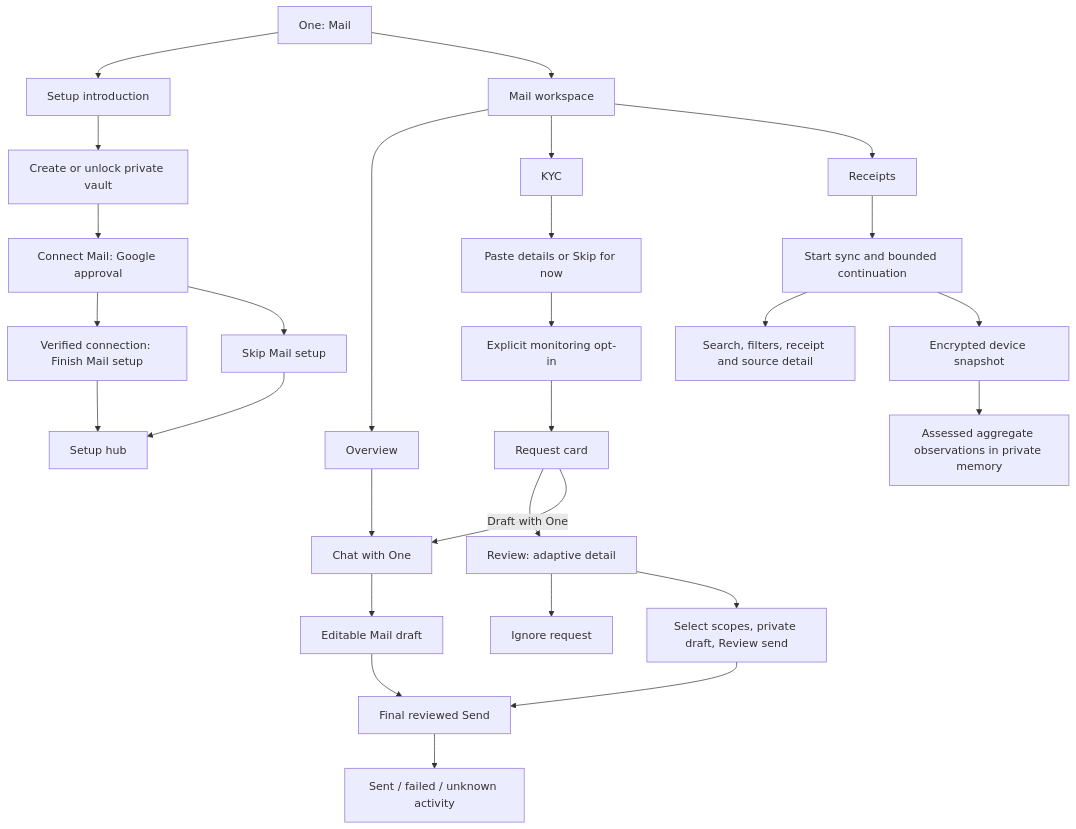
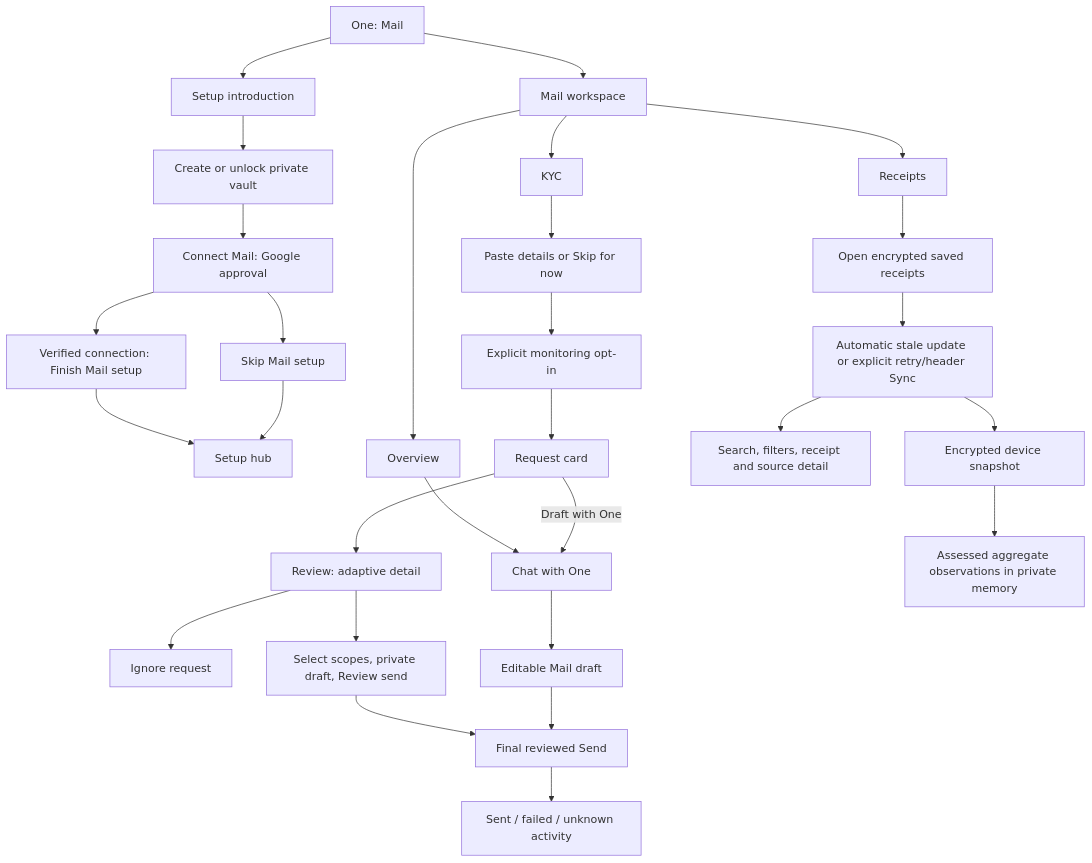
One commit to hushh-labs/hushh-research changed the diagram in hushh-webapp/docs/ui-contracts/mail.md. Above: the diagram before and after it, drawn with Mermaid. The commit also changed other lines of this file and 22 other files, not shown here.

````diff
--- a/hushh-webapp/docs/ui-contracts/mail.md
+++ b/hushh-webapp/docs/ui-contracts/mail.md
@@ -76,30 +137,31 @@
 ```mermaid
 flowchart TD
   roster["One: Mail"] --> setup["Setup introduction"]
   setup --> lock["Create or unlock private vault"]
   lock --> connect["Connect Mail: Google approval"]
   connect --> finish["Verified connection: Finish Mail setup"]
   connect --> skip["Skip Mail setup"]
   finish --> hub["Setup hub"]
   skip --> hub
   roster --> mail["Mail workspace"]
   mail --> overview["Overview"]
   mail --> kyc["KYC"]
   mail --> receipts["Receipts"]
   overview --> one["Chat with One"]
   kyc --> profile["Paste details or Skip for now"]
   profile --> monitor["Explicit monitoring opt-in"]
   monitor --> request["Request card"]
   request --> review["Review: adaptive detail"]
   review --> ignore["Ignore request"]
   review --> direct["Select scopes, private draft, Review send"]
   direct --> send
   request -->|Draft with One| one
-  receipts --> scan["Start sync and bounded continuation"]
+  receipts --> restore["Open encrypted saved receipts"]
+  restore --> scan["Automatic stale update or explicit retry/header Sync"]
   scan --> list["Search, filters, receipt and source detail"]
   scan --> saved["Encrypted device snapshot"]
   saved --> memory["Assessed aggregate observations in private memory"]
   one --> draft["Editable Mail draft"]
   draft --> send["Final reviewed Send"]
   send --> activity["Sent / failed / unknown activity"]
 ```
````
